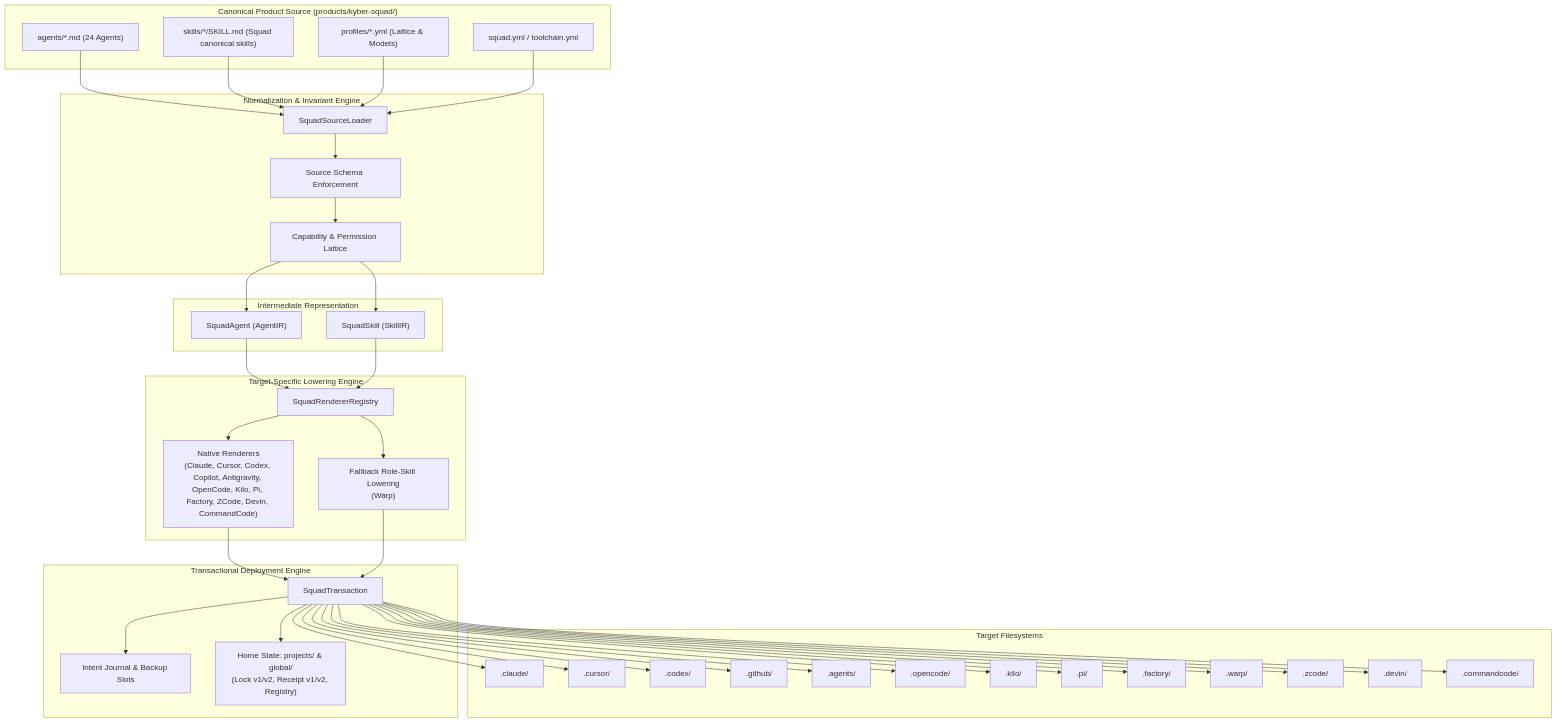
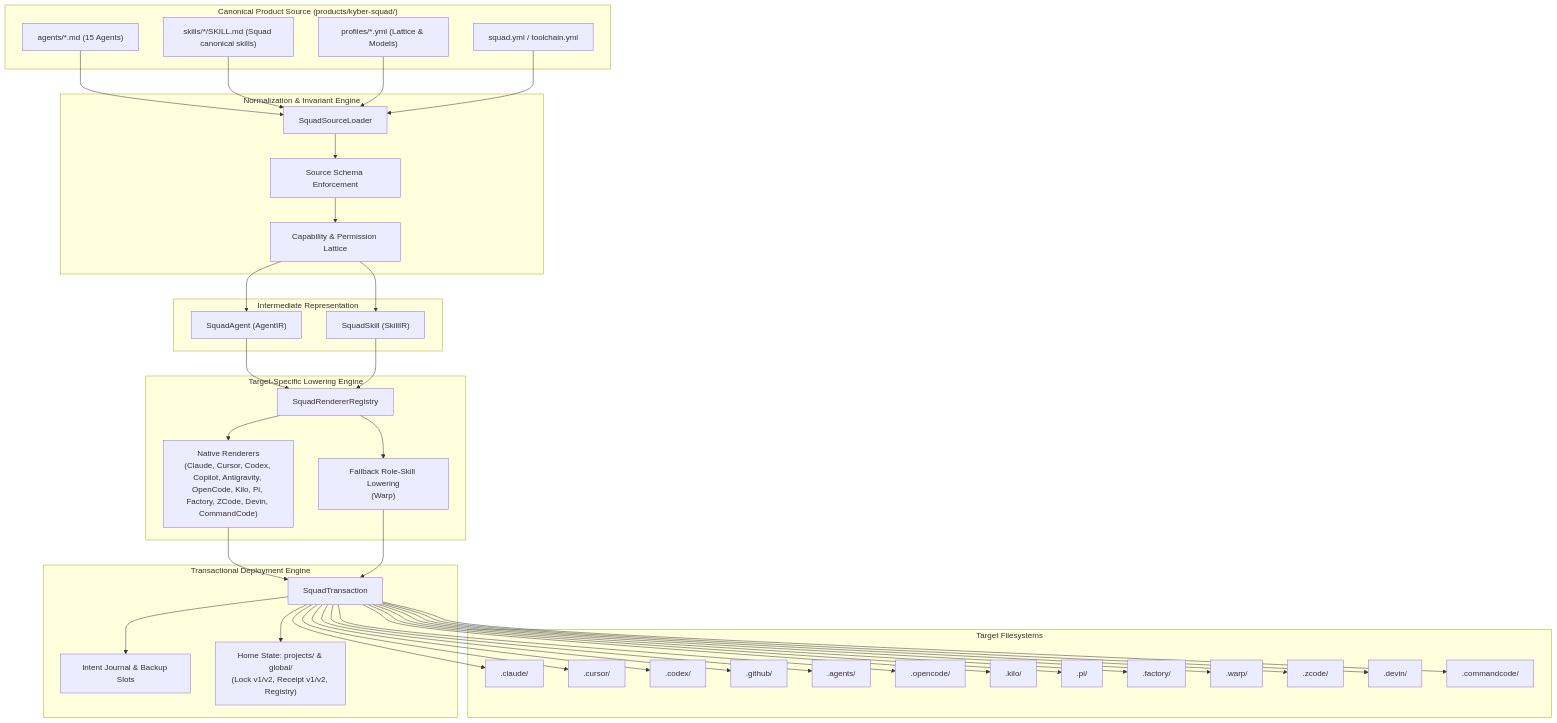
The first of 8 diagrams in docs/kyber-squad/architecture.md (dpalfery/kyber-weave), drawn with Mermaid before and after one commit. The commit also changed other lines of this file and 656 other files, not shown here.

````diff
--- a/docs/kyber-squad/architecture.md
+++ b/docs/kyber-squad/architecture.md
@@ -107,7 +110,7 @@
 ```mermaid
 flowchart TD
     subgraph Canonical["Canonical Product Source (products/kyber-squad/)"]
-        Agents["agents/*.md (24 Agents)"]
+        Agents["agents/*.md (15 Agents)"]
         Skills["skills/*/SKILL.md (Squad canonical skills)"]
         Profiles["profiles/*.yml (Lattice & Models)"]
         Catalog["squad.yml / toolchain.yml"]
````
